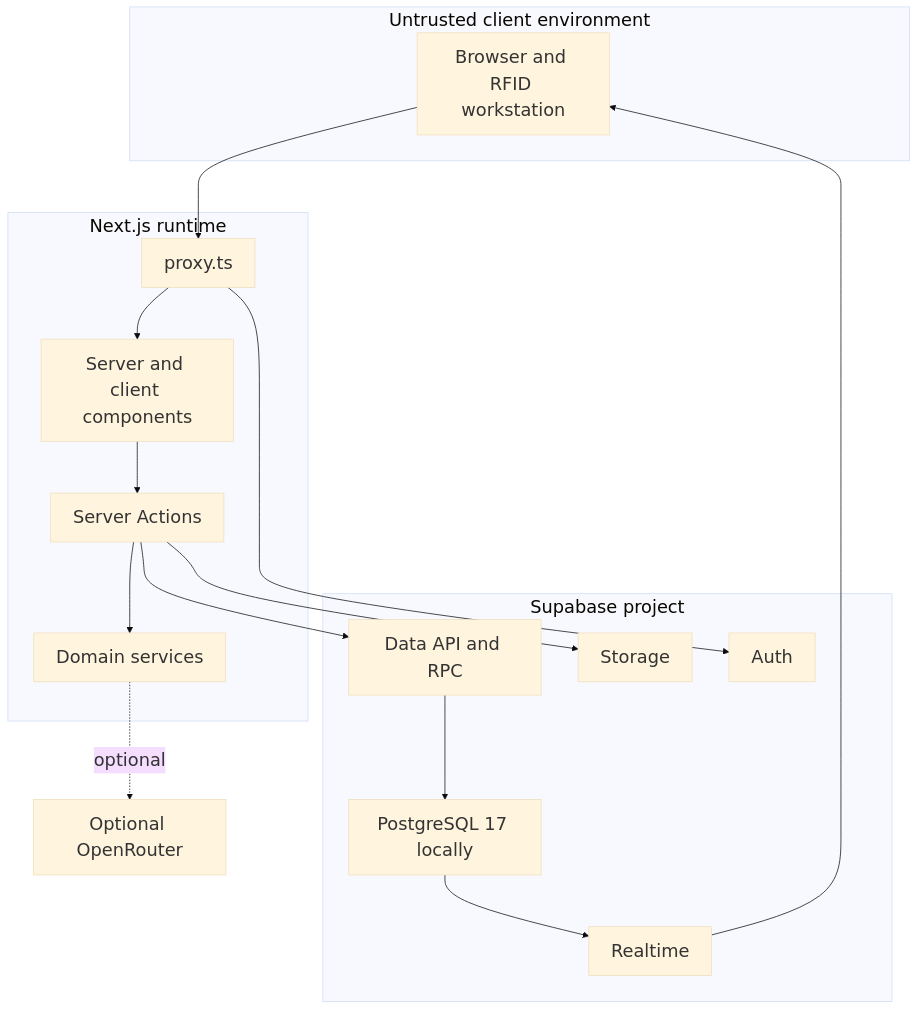
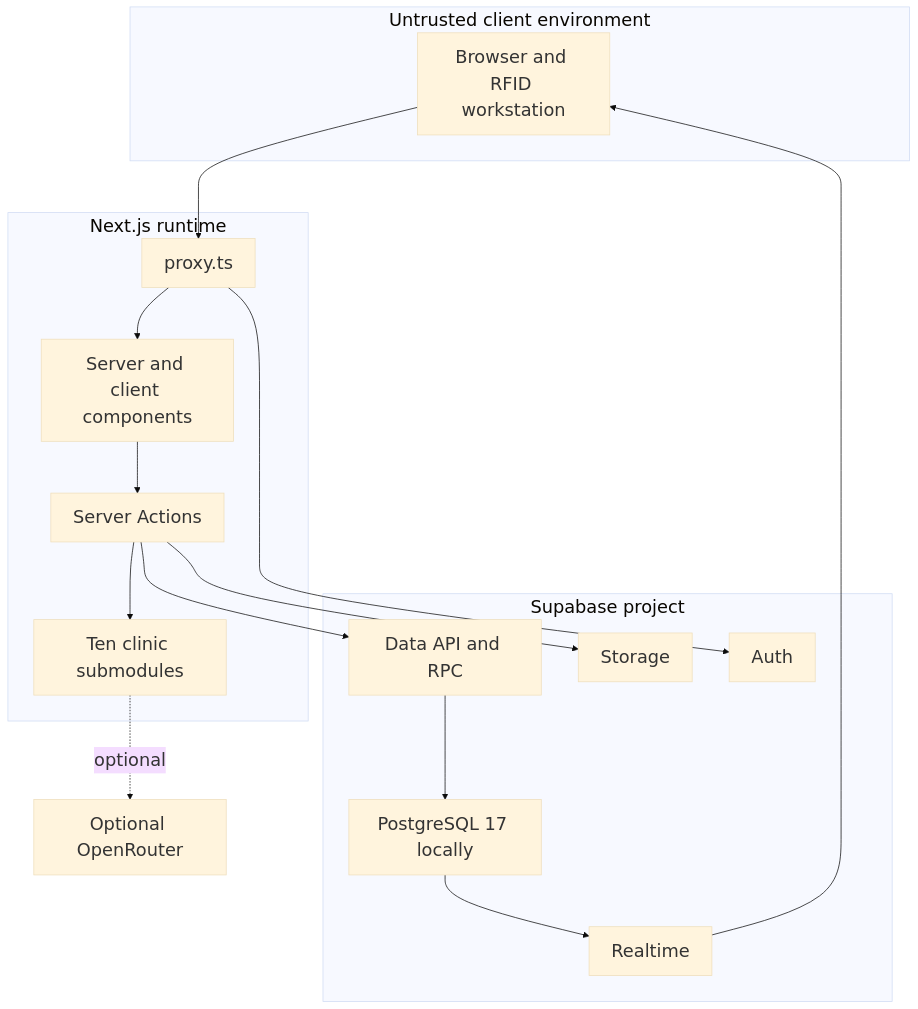
The ninth of 14 diagrams in docs/SOFTWARE_ARCHITECTURE_DOCUMENT.md (Tokise/Zentraq-backend), drawn with Mermaid before and after one commit. The commit also changed other lines of this file and 4 other files, not shown here.

````diff
--- a/docs/SOFTWARE_ARCHITECTURE_DOCUMENT.md
+++ b/docs/SOFTWARE_ARCHITECTURE_DOCUMENT.md
@@ -609,42 +628,42 @@
 ```mermaid
 ---
 config:
   theme: base
   themeVariables:
     fontSize: "24px"
   flowchart:
     nodeSpacing: 50
     rankSpacing: 70
   er:
     fontSize: 24
     layoutDirection: TB
 ---
 flowchart TB
     subgraph Client["Untrusted client environment"]
         Browser["Browser and RFID workstation"]
     end
 
     subgraph NextRuntime["Next.js runtime"]
         Proxy["proxy.ts"]
         Pages["Server and client components"]
         Actions["Server Actions"]
-        Services["Domain services"]
+        Submodules["Ten clinic submodules"]
     end
 
     subgraph SupabasePlatform["Supabase project"]
         Auth["Auth"]
         API["Data API and RPC"]
         Postgres["PostgreSQL 17 locally"]
         Storage["Storage"]
         Realtime["Realtime"]
     end
 
     OpenRouter["Optional OpenRouter"]
 
-    Browser --> Proxy --> Pages --> Actions --> Services
+    Browser --> Proxy --> Pages --> Actions --> Submodules
     Proxy --> Auth
     Actions --> API --> Postgres
     Actions --> Storage
     Postgres --> Realtime --> Browser
-    Services -.->|optional| OpenRouter
+    Submodules -.->|optional| OpenRouter
 ```
````
